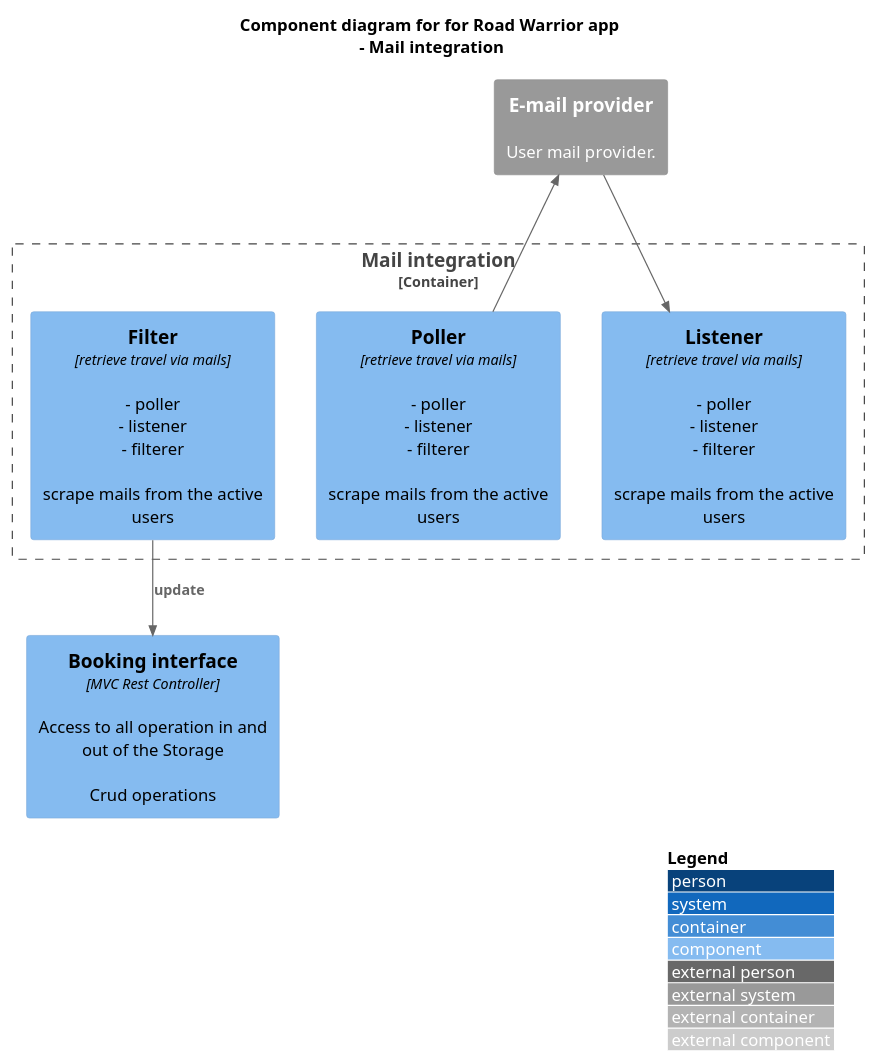
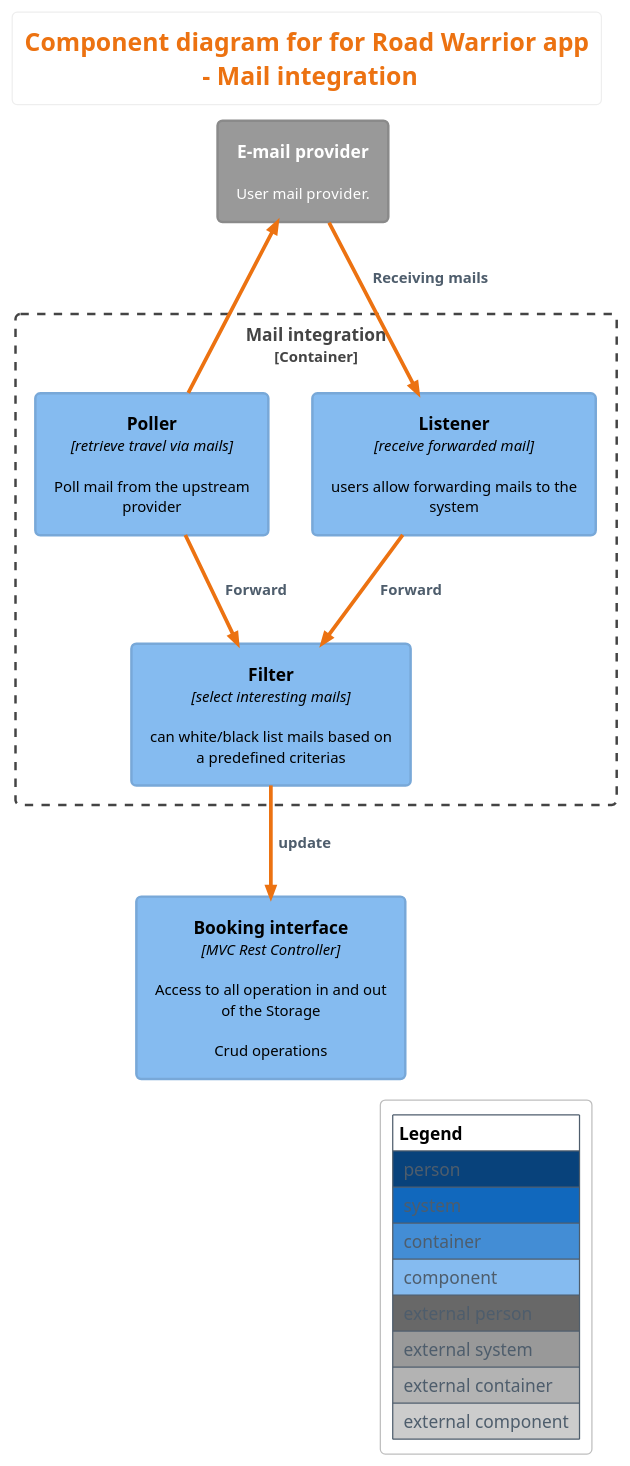
Before and after one commit to relic-da/ArchEnemies: the diagram in doc/diagrams/c4-component_mail-integration.puml, drawn with PlantUML. The commit also changed 1 other file, not shown here.

Commit message:
mail integration

```diff
--- a/doc/diagrams/c4-component_mail-integration.puml
+++ b/doc/diagrams/c4-component_mail-integration.puml
@@ -2,30 +2,34 @@
 @startuml
 !include <c4/C4_Component.puml>  
+!theme aws-orange
+skinparam BackgroundColor white
 ' uncomment the following line and comment the first to use locally
 ' !include C4_Component.puml
 
 LAYOUT_WITH_LEGEND()
 
 title Component diagram for for **Road Warrior** app\n - **Mail integration**
 
 
 Container_Boundary(mail_integration, "Mail integration") {
-    Component(mail_poller, "Poller", "retrieve travel via mails", "- poller\n- listener\n- filterer\n\nscrape mails from the active users")
-    Component(mail_listener, "Listener", "retrieve travel via mails", "- poller\n- listener\n- filterer\n\nscrape mails from the active users")
-    Component(mail_filter, "Filter", "retrieve travel via mails", "- poller\n- listener\n- filterer\n\nscrape mails from the active users")
+Component(mail_poller, "Poller", "retrieve travel via mails", "Poll mail from the upstream provider")
+Component(mail_listener, "Listener", "receive forwarded mail", "users allow forwarding mails to the system")
+Component(mail_filter, "Filter", "select interesting mails", "can white/black list mails based on a predefined criterias")
 
+    Rel(mail_poller, mail_filter, "Forward")
+    Rel(mail_listener, mail_filter, "Forward")
 
 }
 
 Component(booking_interface, "Booking interface", "MVC Rest Controller", "Access to all operation in and out of the Storage\n\nCrud operations")
 
 System_Ext(email_provider, "E-mail provider", "User mail provider.")
 
 
 Rel(mail_filter, booking_interface, "update")
-Rel(email_provider, mail_listener, "")
+Rel(email_provider, mail_listener, "Receiving mails")
 Rel_Back(email_provider, mail_poller, "")
 
 
 
 @enduml
```
